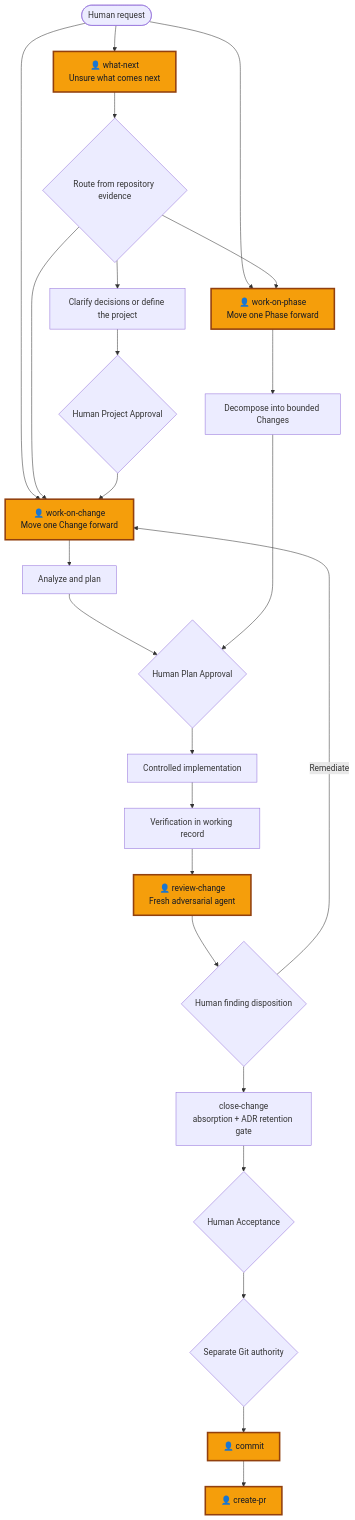
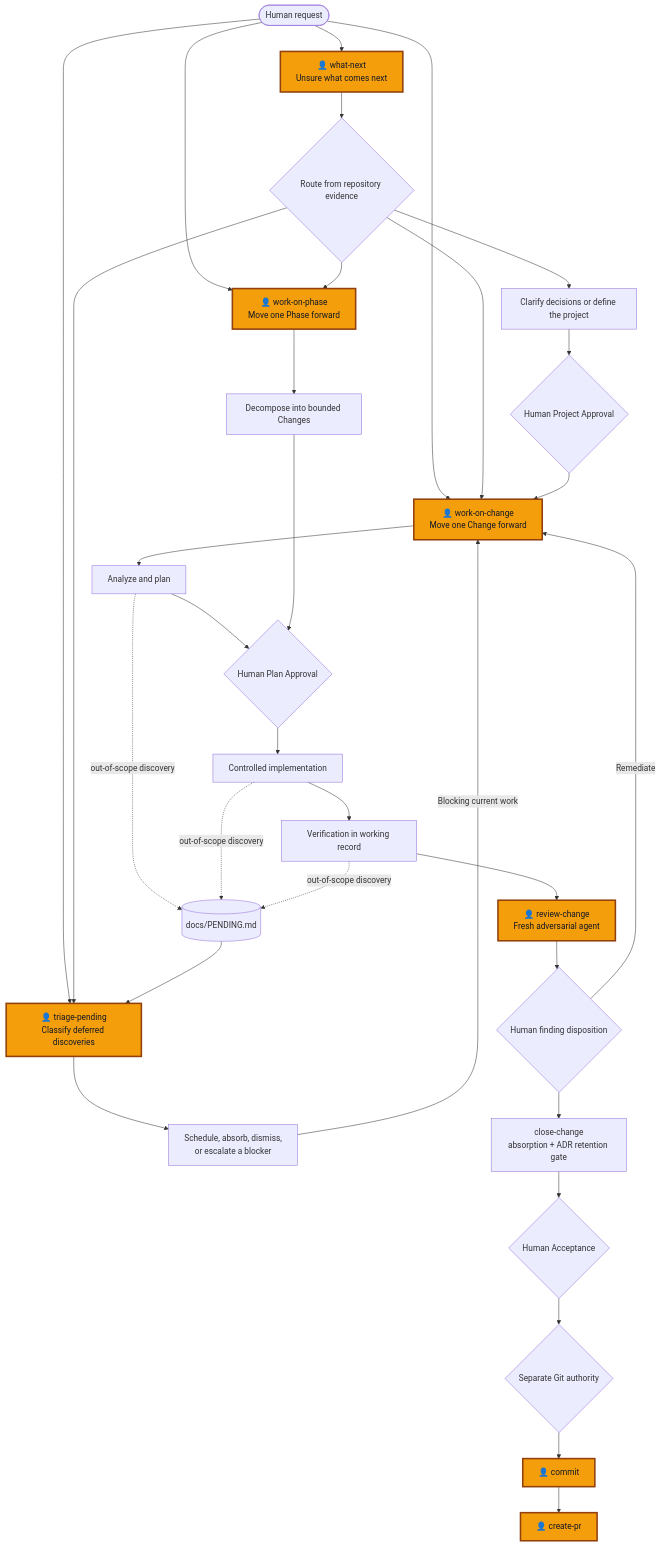
The first of 2 diagrams in README.md (busybutlazy/Skill_Merchant-), drawn with Mermaid before and after one commit. The commit also changed other lines of this file and 1 other file, not shown here.

Commit message:
fix(docs): align workflow diagrams for v1.9.1

````diff
--- a/README.md
+++ b/README.md
@@ -39,29 +39,37 @@
 ```mermaid
 flowchart TD
     START([Human request])
     START --> WHAT["👤 what-next<br/>Unsure what comes next"]
     START --> CHANGE["👤 work-on-change<br/>Move one Change forward"]
     START --> PHASE["👤 work-on-phase<br/>Move one Phase forward"]
+    START --> TRIAGE["👤 triage-pending<br/>Classify deferred discoveries"]
     WHAT --> ROUTE{Route from repository evidence}
     ROUTE --> DISCOVERY[Clarify decisions or define the project]
     ROUTE --> CHANGE
     ROUTE --> PHASE
+    ROUTE --> TRIAGE
     DISCOVERY --> PROJECT_GATE{Human Project Approval}
     PROJECT_GATE --> CHANGE
     CHANGE --> PLAN[Analyze and plan]
     PLAN --> PLAN_GATE{Human Plan Approval}
     PLAN_GATE --> IMPLEMENT[Controlled implementation]
     IMPLEMENT --> VERIFY[Verification in working record]
+    PLAN -. out-of-scope discovery .-> PENDING[(docs/PENDING.md)]
+    IMPLEMENT -. out-of-scope discovery .-> PENDING
+    VERIFY -. out-of-scope discovery .-> PENDING
+    PENDING --> TRIAGE
+    TRIAGE --> PENDING_RESULT[Schedule, absorb, dismiss,<br/>or escalate a blocker]
+    PENDING_RESULT -->|Blocking current work| CHANGE
     PHASE --> PHASE_FLOW[Decompose into bounded Changes]
     PHASE_FLOW --> PLAN_GATE
     VERIFY --> REVIEW["👤 review-change<br/>Fresh adversarial agent"]
     REVIEW --> DISPOSE{Human finding disposition}
     DISPOSE -->|Remediate| CHANGE
     DISPOSE --> CLOSE["close-change<br/>absorption + ADR retention gate"]
     CLOSE --> ACCEPT{Human Acceptance}
     ACCEPT --> GIT{Separate Git authority}
     GIT --> COMMIT["👤 commit"]
     COMMIT --> PR["👤 create-pr"]
     classDef human fill:#f59e0b,stroke:#92400e,color:#111827,stroke-width:3px;
-    class WHAT,CHANGE,PHASE,REVIEW,COMMIT,PR human;
+    class WHAT,CHANGE,PHASE,TRIAGE,REVIEW,COMMIT,PR human;
 ```
````
